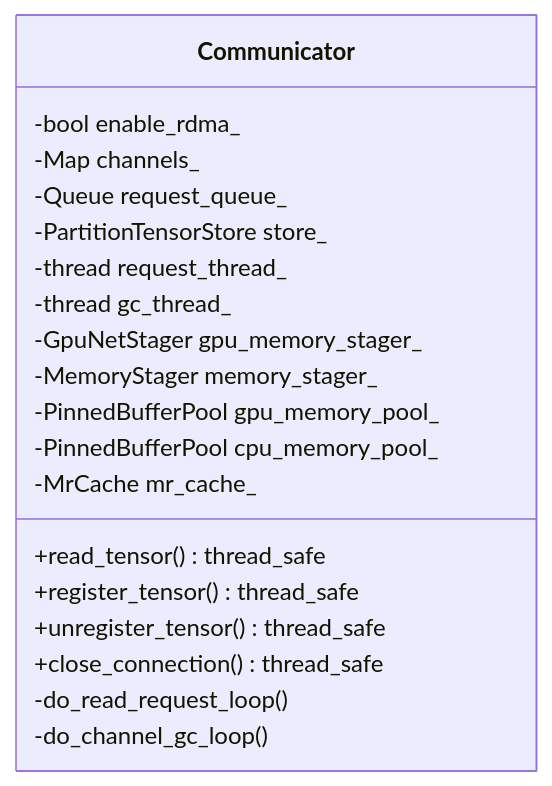
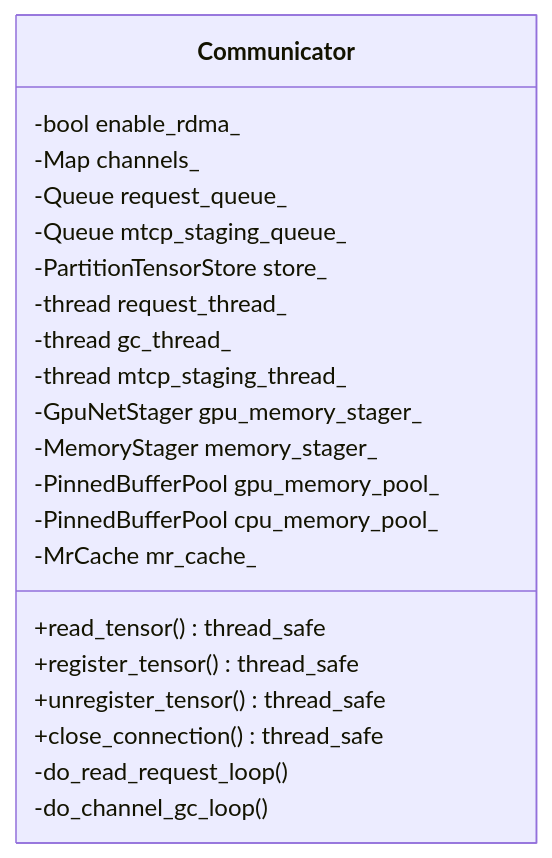
The third of 13 diagrams in core/communicator/README.md (tensorcast-ai/tensorcast), drawn with Mermaid before and after one commit. The commit also changed other lines of this file and 5 other files, not shown here.

Commit message:
feat(comm): add MTCP staging thread and task processing

````diff
--- a/core/communicator/README.md
+++ b/core/communicator/README.md
@@ -190,23 +191,25 @@
 ```mermaid
 classDiagram
   class Communicator {
     -bool enable_rdma_
     -Map channels_
     -Queue request_queue_
+    -Queue mtcp_staging_queue_
     -PartitionTensorStore store_
     -thread request_thread_
     -thread gc_thread_
+    -thread mtcp_staging_thread_
     -GpuNetStager gpu_memory_stager_
     -MemoryStager memory_stager_
     -PinnedBufferPool gpu_memory_pool_
     -PinnedBufferPool cpu_memory_pool_
     -MrCache mr_cache_
 
     +read_tensor() thread_safe
     +register_tensor() thread_safe
     +unregister_tensor() thread_safe
     +close_connection() thread_safe
     -do_read_request_loop()
     -do_channel_gc_loop()
   }
 ```
````
